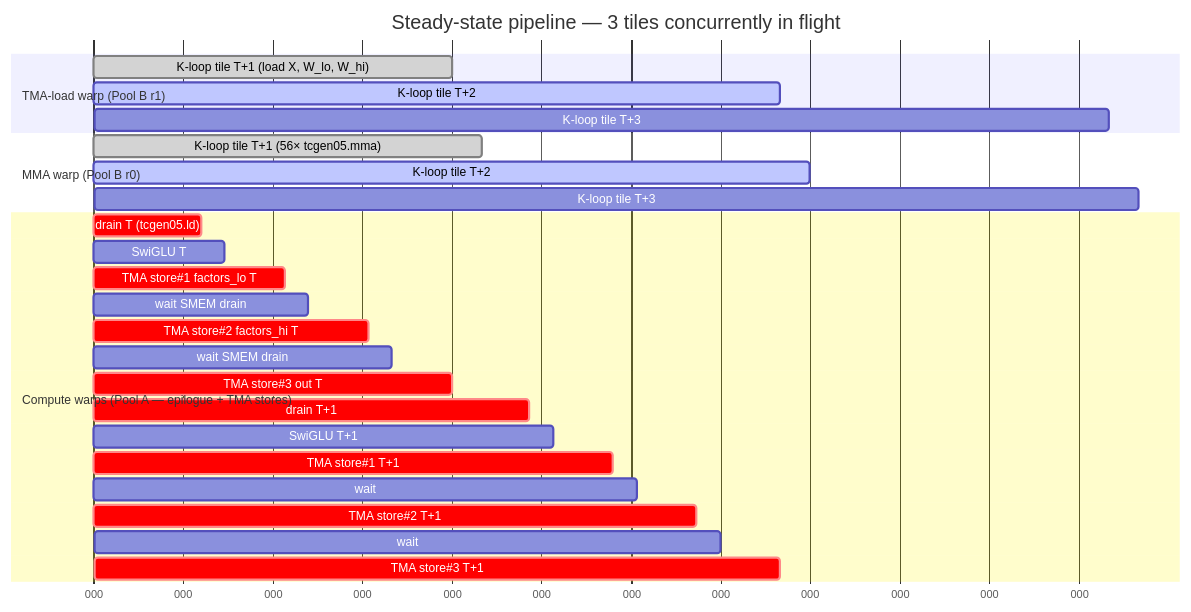
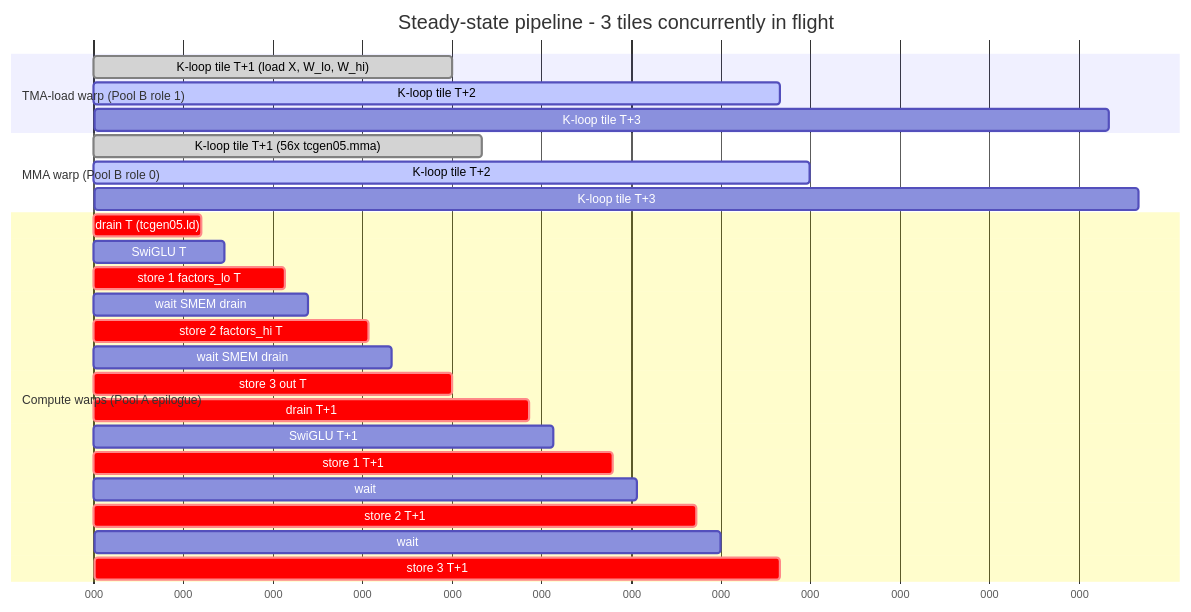
Before and after one commit to tongzhou8086/fused_swiglu_kernel: the second of 2 diagrams in PTX_WALKTHROUGH.md, drawn with Mermaid. The commit also changed other lines of this file, not shown here.

Commit message:
docs: fix Mermaid parse errors (strip HTML entities + unicode from labels)
GitHub's Mermaid parser chokes on &gt;/&lt; entities, em-dashes, and a
few unicode symbols inside node/section labels. Switched all labels to
plain ASCII: em-dash -> colon, "->" stays as "to", "x" instead of
multiplication sign, hyphen instead of dash. Also renamed the `exit`
node to `exit_` to avoid any reserved-word risk.

````diff
--- a/PTX_WALKTHROUGH.md
+++ b/PTX_WALKTHROUGH.md
@@ -110,32 +109,32 @@
 ```mermaid
 gantt
-    title Steady-state pipeline — 3 tiles concurrently in flight
+    title Steady-state pipeline - 3 tiles concurrently in flight
     dateFormat  X
     axisFormat  %L
 
-    section TMA-load warp (Pool B r1)
+    section TMA-load warp (Pool B role 1)
     K-loop tile T+1 (load X, W_lo, W_hi)  :done,   l1, 0,  60
     K-loop tile T+2                       :active, l2, 55, 115
     K-loop tile T+3                       :        l3, 110, 170
 
-    section MMA warp (Pool B r0)
-    K-loop tile T+1 (56× tcgen05.mma)     :done,   m1, 5,  65
+    section MMA warp (Pool B role 0)
+    K-loop tile T+1 (56x tcgen05.mma)     :done,   m1, 5,  65
     K-loop tile T+2                       :active, m2, 60, 120
     K-loop tile T+3                       :        m3, 115, 175
 
-    section Compute warps (Pool A — epilogue + TMA stores)
-    drain T (tcgen05.ld)                  :crit, dT, 10, 18
-    SwiGLU T                              :      sT, 18, 22
-    TMA store#1 factors_lo T              :crit, s1T, 22, 32
-    wait SMEM drain                       :      w1T, 32, 36
-    TMA store#2 factors_hi T              :crit, s2T, 36, 46
-    wait SMEM drain                       :      w2T, 46, 50
-    TMA store#3 out T                     :crit, s3T, 50, 60
-    drain T+1                             :crit, dT1, 65, 73
-    SwiGLU T+1                            :      sT1, 73, 77
-    TMA store#1 T+1                       :crit, s1T1, 77, 87
-    wait                                  :      w1T1, 87, 91
-    TMA store#2 T+1                       :crit, s2T1, 91, 101
-    wait                                  :      w2T1, 101, 105
-    TMA store#3 T+1                       :crit, s3T1, 105, 115
+    section Compute warps (Pool A epilogue)
+    drain T (tcgen05.ld)        :crit, dT, 10, 18
+    SwiGLU T                    :      sT, 18, 22
+    store 1 factors_lo T        :crit, s1T, 22, 32
+    wait SMEM drain             :      w1T, 32, 36
+    store 2 factors_hi T        :crit, s2T, 36, 46
+    wait SMEM drain             :      w2T, 46, 50
+    store 3 out T               :crit, s3T, 50, 60
+    drain T+1                   :crit, dT1, 65, 73
+    SwiGLU T+1                  :      sT1, 73, 77
+    store 1 T+1                 :crit, s1T1, 77, 87
+    wait                        :      w1T1, 87, 91
+    store 2 T+1                 :crit, s2T1, 91, 101
+    wait                        :      w2T1, 101, 105
+    store 3 T+1                 :crit, s3T1, 105, 115
 ```
````
